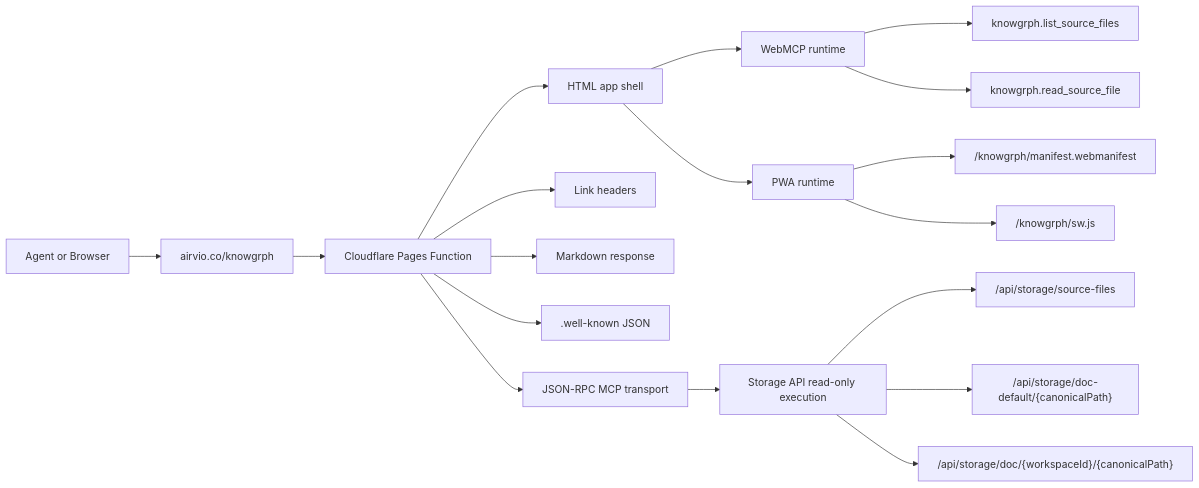
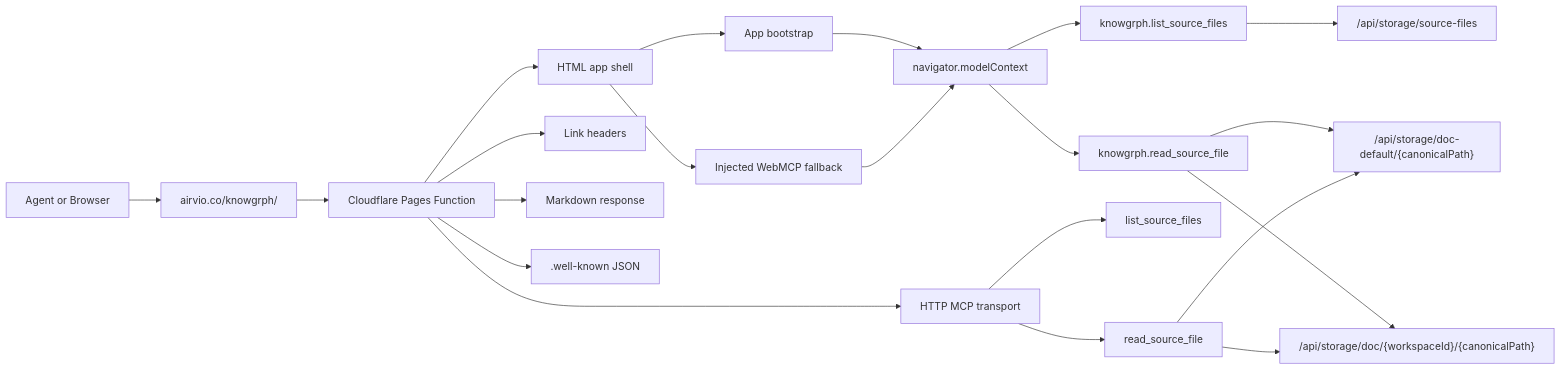
The first of 2 diagrams in docs/documents/knowgrph-agent-ready-prd-tad-proposed.md (huijoohwee/knowgrph), drawn with Mermaid before and after one commit. The commit also changed other lines of this file and 29 other files, not shown here.

````diff
--- a/docs/documents/knowgrph-agent-ready-prd-tad-proposed.md
+++ b/docs/documents/knowgrph-agent-ready-prd-tad-proposed.md
@@ -203,20 +391,23 @@
 ```mermaid
 flowchart LR
-  A["Agent or Browser"] --> B["airvio.co/knowgrph"]
+  A["Agent or Browser"] --> B["airvio.co/knowgrph/"]
   B --> C["Cloudflare Pages Function"]
   C --> D["HTML app shell"]
   C --> E["Link headers"]
   C --> F["Markdown response"]
   C --> G[".well-known JSON"]
-  C --> H["JSON-RPC MCP transport"]
-  D --> I["WebMCP runtime"]
-  D --> J["PWA runtime"]
-  I --> K["knowgrph.list_source_files"]
-  I --> L["knowgrph.read_source_file"]
-  H --> M["Storage API read-only execution"]
-  M --> N["/api/storage/source-files"]
-  M --> O["/api/storage/doc-default/{canonicalPath}"]
-  M --> P["/api/storage/doc/{workspaceId}/{canonicalPath}"]
-  J --> R["/knowgrph/manifest.webmanifest"]
-  J --> Q["/knowgrph/sw.js"]
+  C --> H["HTTP MCP transport"]
+  D --> I["App bootstrap"]
+  D --> J["Injected WebMCP fallback"]
+  I --> K["navigator.modelContext"]
+  J --> K
+  K --> L["knowgrph.list_source_files"]
+  K --> M["knowgrph.read_source_file"]
+  H --> N["list_source_files"]
+  H --> O["read_source_file"]
+  L --> P["/api/storage/source-files"]
+  M --> Q["/api/storage/doc-default/{canonicalPath}"]
+  M --> R["/api/storage/doc/{workspaceId}/{canonicalPath}"]
+  O --> Q
+  O --> R
 ```
````
